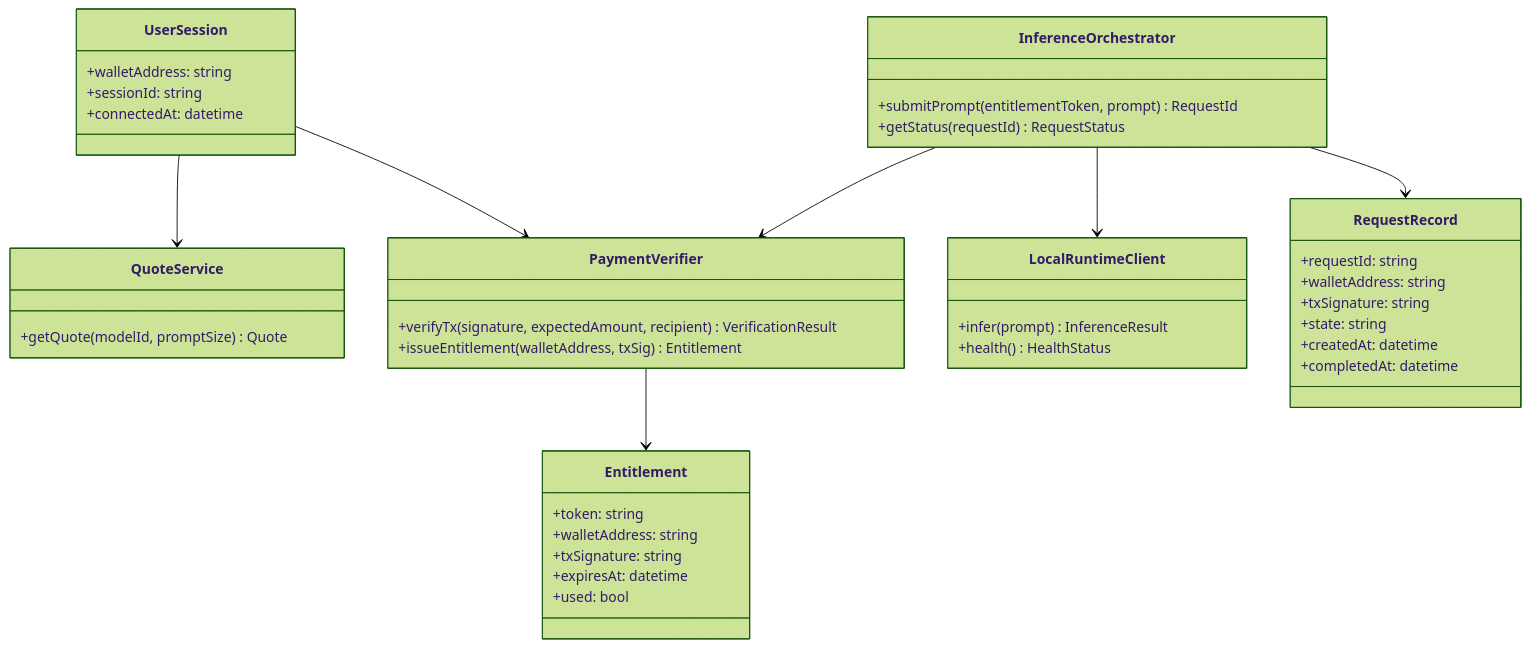
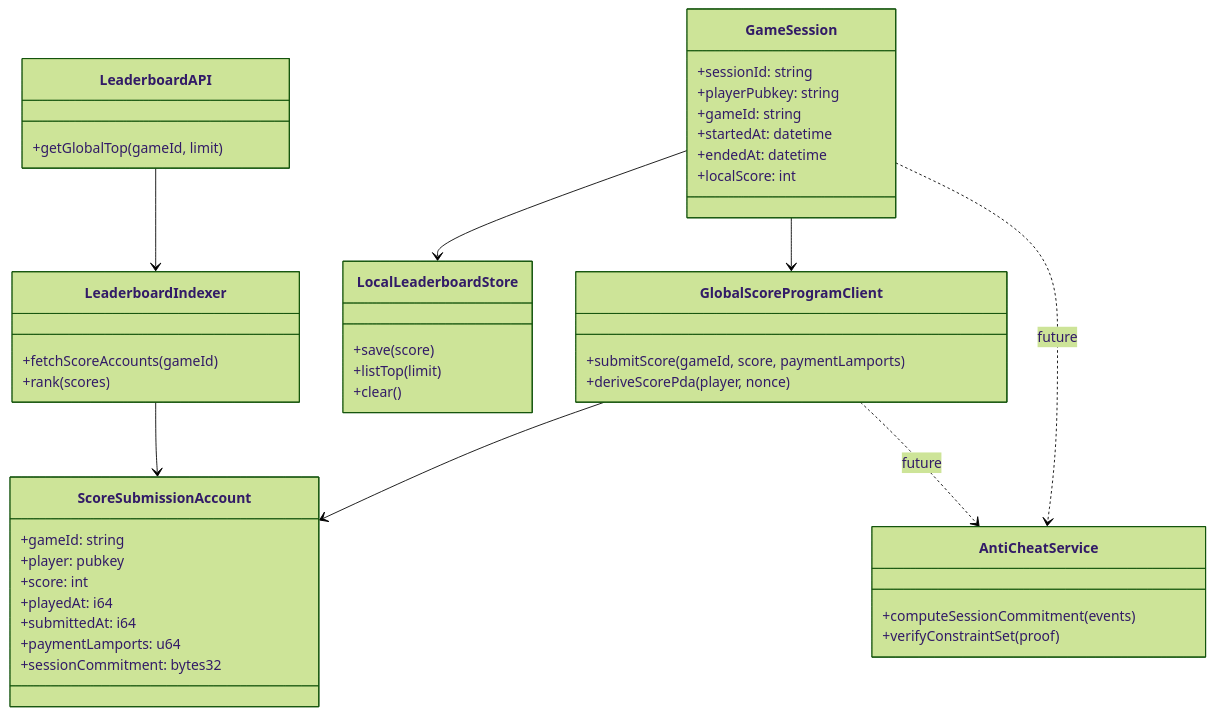
One commit to watsoncsulahack/solana-private-microprompt changed the diagram in docs/diagrams/class-diagram.md. Above: the diagram before and after it, drawn with Mermaid (forest theme). The commit also changed 7 other files, not shown here.

Commit message:
docs: pivot project direction to paid on-chain game leaderboard with ZK anti-cheat roadmap

````diff
--- a/docs/diagrams/class-diagram.md
+++ b/docs/diagrams/class-diagram.md
@@ -3,51 +3,54 @@
 ```mermaid
 classDiagram
-  class UserSession {
-    +walletAddress: string
+  class GameSession {
     +sessionId: string
-    +connectedAt: datetime
+    +playerPubkey: string
+    +gameId: string
+    +startedAt: datetime
+    +endedAt: datetime
+    +localScore: int
   }
 
-  class QuoteService {
-    +getQuote(modelId, promptSize) Quote
+  class LocalLeaderboardStore {
+    +save(score)
+    +listTop(limit)
+    +clear()
   }
 
-  class PaymentVerifier {
-    +verifyTx(signature, expectedAmount, recipient) VerificationResult
-    +issueEntitlement(walletAddress, txSig) Entitlement
+  class GlobalScoreProgramClient {
+    +submitScore(gameId, score, paymentLamports)
+    +deriveScorePda(player, nonce)
   }
 
-  class Entitlement {
-    +token: string
-    +walletAddress: string
-    +txSignature: string
-    +expiresAt: datetime
-    +used: bool
+  class ScoreSubmissionAccount {
+    +gameId: string
+    +player: pubkey
+    +score: int
+    +playedAt: i64
+    +submittedAt: i64
+    +paymentLamports: u64
+    +sessionCommitment: bytes32
   }
 
-  class InferenceOrchestrator {
-    +submitPrompt(entitlementToken, prompt) RequestId
-    +getStatus(requestId) RequestStatus
+  class LeaderboardIndexer {
+    +fetchScoreAccounts(gameId)
+    +rank(scores)
   }
 
-  class LocalRuntimeClient {
-    +infer(prompt) InferenceResult
-    +health() HealthStatus
+  class LeaderboardAPI {
+    +getGlobalTop(gameId, limit)
   }
 
-  class RequestRecord {
-    +requestId: string
-    +walletAddress: string
-    +txSignature: string
-    +state: string
-    +createdAt: datetime
-    +completedAt: datetime
+  class AntiCheatService {
+    +computeSessionCommitment(events)
+    +verifyConstraintSet(proof)
   }
 
-  UserSession --> QuoteService
-  UserSession --> PaymentVerifier
-  PaymentVerifier --> Entitlement
-  InferenceOrchestrator --> PaymentVerifier
-  InferenceOrchestrator --> LocalRuntimeClient
-  InferenceOrchestrator --> RequestRecord
+  GameSession --> LocalLeaderboardStore
+  GameSession --> GlobalScoreProgramClient
+  GlobalScoreProgramClient --> ScoreSubmissionAccount
+  LeaderboardIndexer --> ScoreSubmissionAccount
+  LeaderboardAPI --> LeaderboardIndexer
+  GameSession ..> AntiCheatService : future
+  GlobalScoreProgramClient ..> AntiCheatService : future
 ```
````
